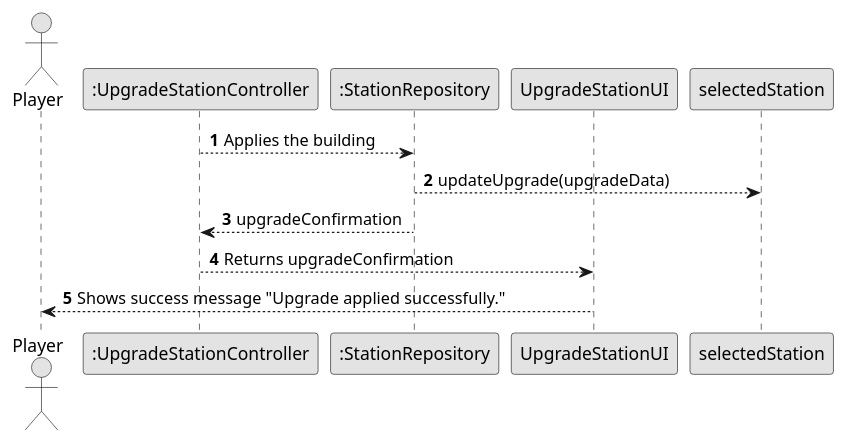
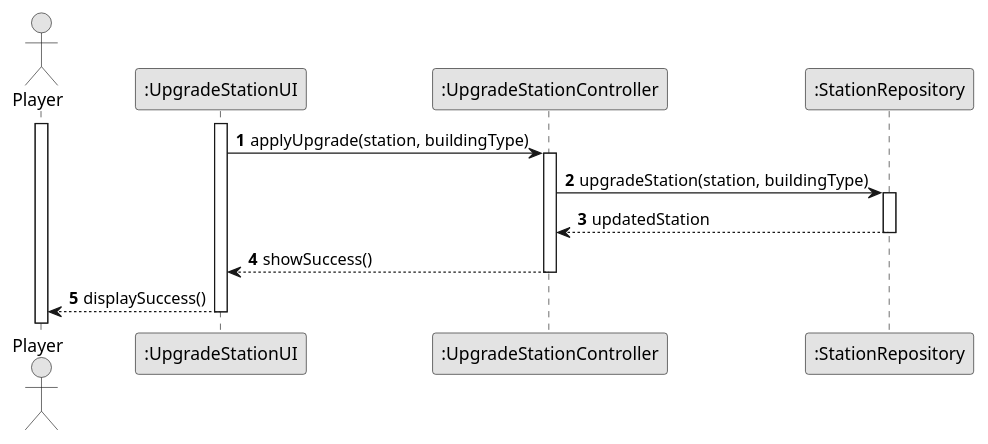
Before and after one commit to goncalolopesp/sem2-pi-24.25-g093-repo: the diagram in docs/system-documentation/US006/03.design/puml/US006-SD-applyAndSuccess.puml, drawn with PlantUML. The commit also changed 7 other files, not shown here.

```diff
--- a/docs/system-documentation/US006/03.design/puml/US006-SD-applyAndSuccess.puml
+++ b/docs/system-documentation/US006/03.design/puml/US006-SD-applyAndSuccess.puml
@@ -1,19 +1,27 @@
 @startuml US006-SD-applyAndSuccess
 skinparam monochrome true
 skinparam packageStyle rectangle
 skinparam shadowing false
-
 autonumber
 
 actor "Player" as Player
-participant ":UpgradeStationController" as UpgradeController
+participant ":UpgradeStationUI" as UpgradeUI
+participant ":UpgradeStationController" as Controller
 participant ":StationRepository" as StationRepo
-participant "UpgradeStationUI" as UpgradeUI
 
-UpgradeController --> StationRepo : Applies the building
-StationRepo --> selectedStation : updateUpgrade(upgradeData)
-StationRepo --> UpgradeController : upgradeConfirmation
-UpgradeController --> UpgradeUI : Returns upgradeConfirmation
-UpgradeUI --> Player : Shows success message "Upgrade applied successfully."
+activate Player
+activate UpgradeUI
+UpgradeUI -> Controller: applyUpgrade(station, buildingType)
+activate Controller
 
+Controller -> StationRepo: upgradeStation(station, buildingType)
+activate StationRepo
+StationRepo --> Controller: updatedStation
+deactivate StationRepo
+
+Controller --> UpgradeUI: showSuccess()
+deactivate Controller
+
+UpgradeUI --> Player: displaySuccess()
+deactivate UpgradeUI
 @enduml
```
